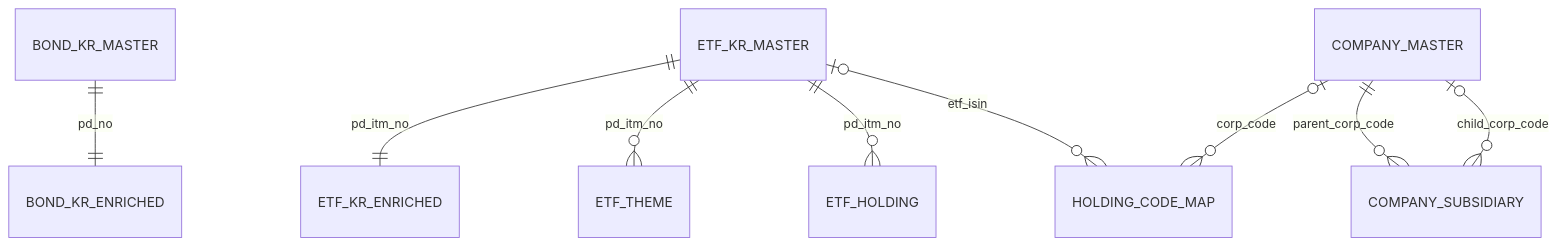
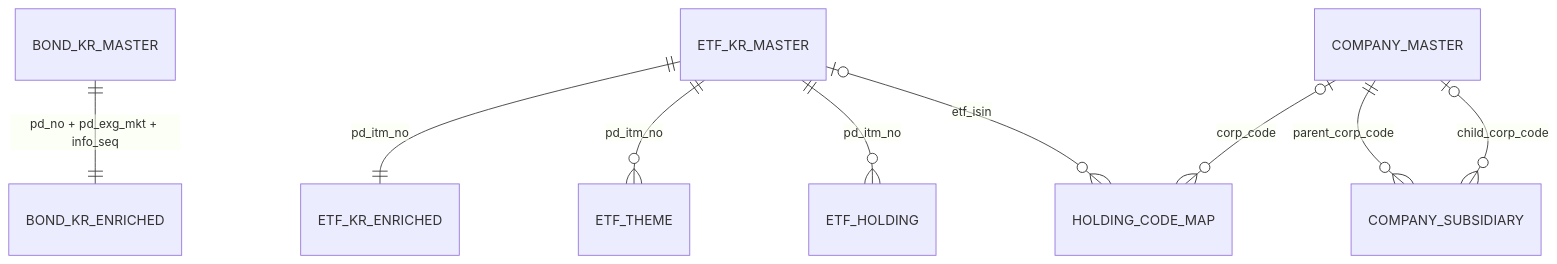
The diagram in docs/docs_data_layer/TABLE_DEFINITION_V1_0.md (shashamalone/2026_10th_MIRAE-ASSET_AI-Festival), drawn with Mermaid before and after one commit. The commit also changed other lines of this file and 3 other files, not shown here.

````diff
--- a/docs/docs_data_layer/TABLE_DEFINITION_V1_0.md
+++ b/docs/docs_data_layer/TABLE_DEFINITION_V1_0.md
@@ -39,11 +36,11 @@
 ```mermaid
 erDiagram
-    BOND_KR_MASTER ||--|| BOND_KR_ENRICHED : pd_no
+    BOND_KR_MASTER ||--|| BOND_KR_ENRICHED : "pd_no + pd_exg_mkt + info_seq"
     ETF_KR_MASTER ||--|| ETF_KR_ENRICHED : pd_itm_no
     ETF_KR_MASTER ||--o{ ETF_THEME : pd_itm_no
     ETF_KR_MASTER ||--o{ ETF_HOLDING : pd_itm_no
     ETF_KR_MASTER o|--o{ HOLDING_CODE_MAP : etf_isin
     COMPANY_MASTER o|--o{ HOLDING_CODE_MAP : corp_code
     COMPANY_MASTER ||--o{ COMPANY_SUBSIDIARY : parent_corp_code
     COMPANY_MASTER o|--o{ COMPANY_SUBSIDIARY : child_corp_code
 ```
````
